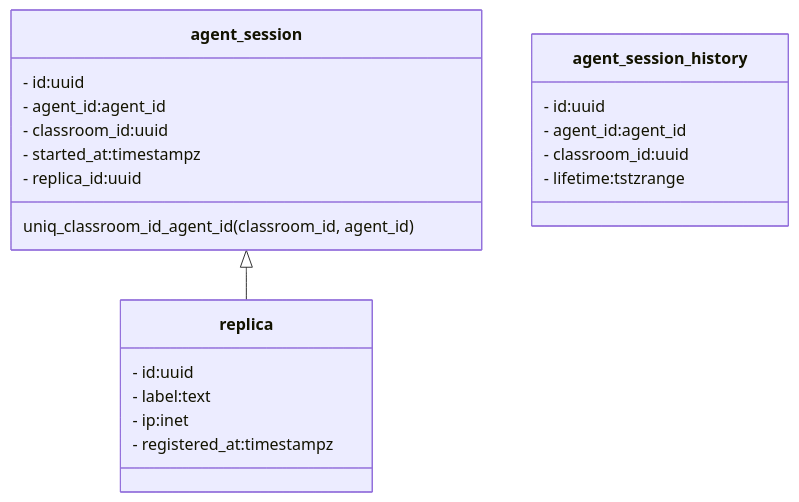
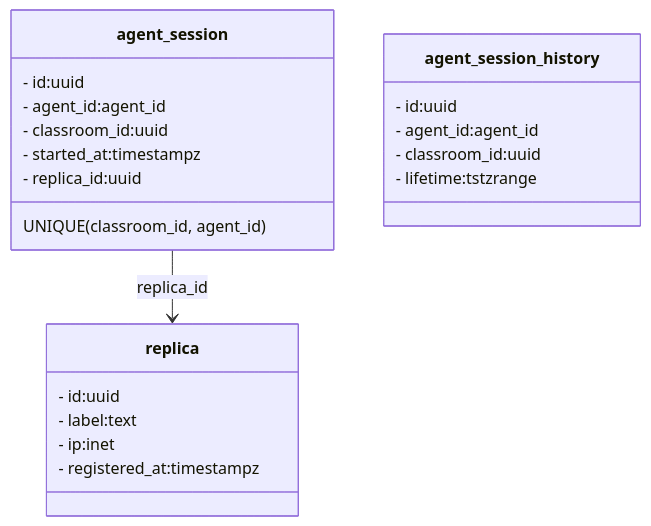
The diagram in docs/src/internal/database_schema.md (foxford/presence), drawn with Mermaid before and after one commit. The commit also changed 7 other files, not shown here.

````diff
--- a/docs/src/internal/database_schema.md
+++ b/docs/src/internal/database_schema.md
@@ -3,27 +3,27 @@
 ```mermaid
 classDiagram
     class agent_session {
         - id:uuid
         - agent_id:agent_id
         - classroom_id:uuid
         - started_at:timestampz
         - replica_id:uuid
-        uniq_classroom_id_agent_id(classroom_id, agent_id)
+        UNIQUE (classroom_id, agent_id)
     }
 
     class agent_session_history {
         - id:uuid
         - agent_id:agent_id
         - classroom_id:uuid
         - lifetime:tstzrange
     }
 
     class replica {
         - id:uuid
         - label:text
         - ip:inet
         - registered_at:timestampz
     }
 
-    agent_session <|-- replica
+    agent_session -->  replica : replica_id
 ```
````
